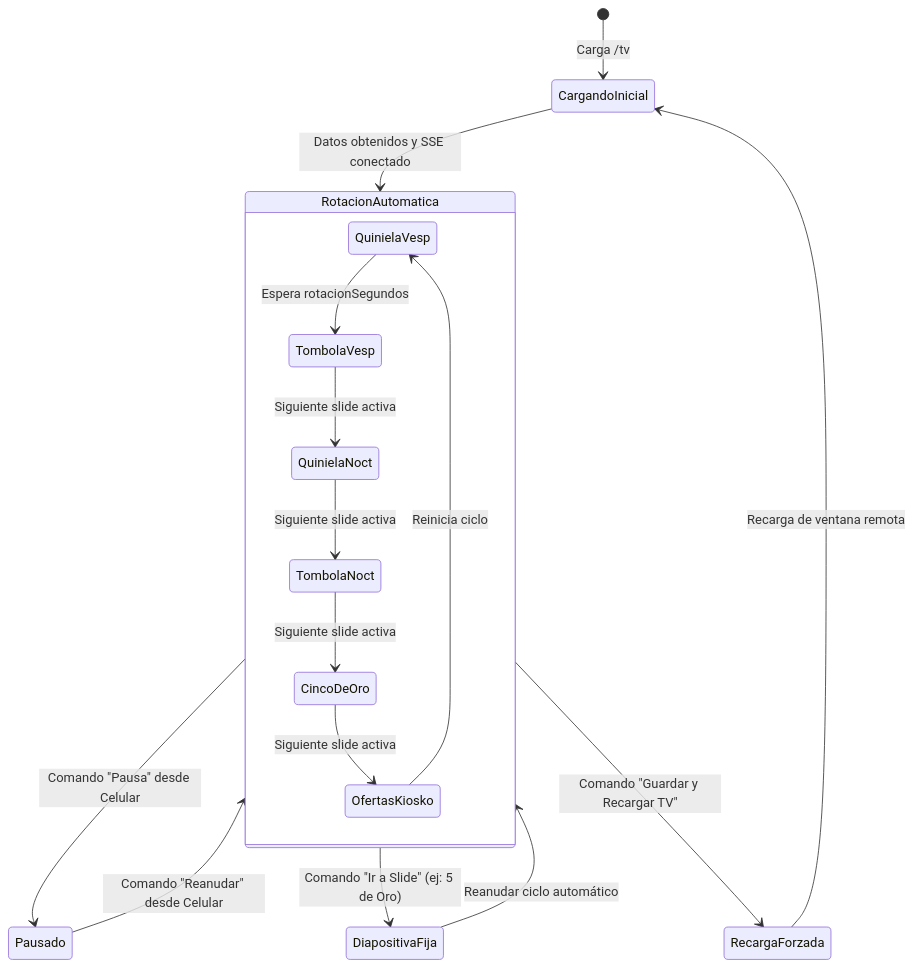
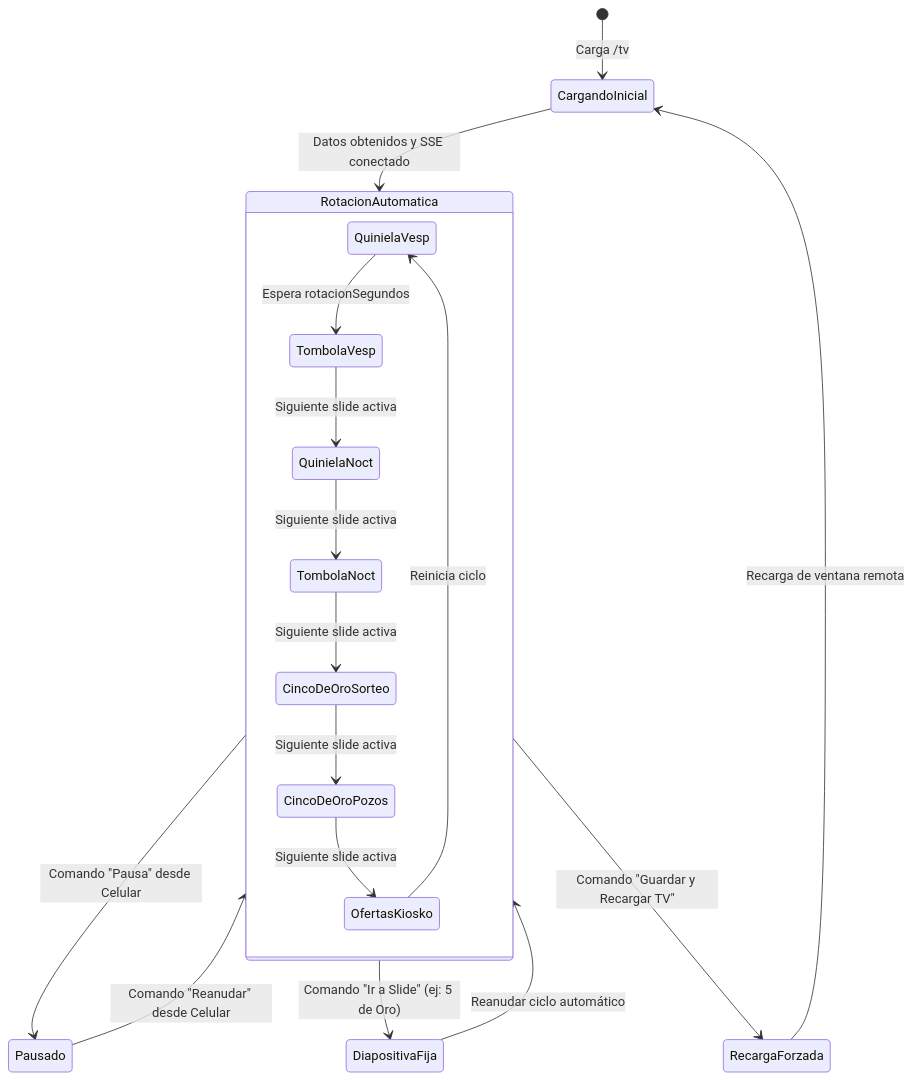
One commit to jamatrain/remote-board changed the third of 3 diagrams in README.md. Above: the diagram before and after it, drawn with Mermaid. The commit also changed other lines of this file and 8 other files, not shown here.

Commit message:
feat: sorteo 5 de oro con tonalidades azules, bolillas doradas y letras negras estilo tombola

````diff
--- a/README.md
+++ b/README.md
@@ -88,23 +88,24 @@
 ```mermaid
 stateDiagram-v2
     [*] --> CargandoInicial: Carga /tv
     CargandoInicial --> RotacionAutomatica: Datos obtenidos y SSE conectado
 
     state RotacionAutomatica {
         QuinielaVesp --> TombolaVesp: Espera rotacionSegundos
         TombolaVesp --> QuinielaNoct: Siguiente slide activa
         QuinielaNoct --> TombolaNoct: Siguiente slide activa
-        TombolaNoct --> CincoDeOro: Siguiente slide activa
-        CincoDeOro --> OfertasKiosko: Siguiente slide activa
+        TombolaNoct --> CincoDeOroSorteo: Siguiente slide activa
+        CincoDeOroSorteo --> CincoDeOroPozos: Siguiente slide activa
+        CincoDeOroPozos --> OfertasKiosko: Siguiente slide activa
         OfertasKiosko --> QuinielaVesp: Reinicia ciclo
     }
 
     RotacionAutomatica --> Pausado: Comando "Pausa" desde Celular
     Pausado --> RotacionAutomatica: Comando "Reanudar" desde Celular
 
     RotacionAutomatica --> DiapositivaFija: Comando "Ir a Slide" (ej: 5 de Oro)
     DiapositivaFija --> RotacionAutomatica: Reanudar ciclo automático
 
     RotacionAutomatica --> RecargaForzada: Comando "Guardar y Recargar TV"
     RecargaForzada --> CargandoInicial: Recarga de ventana remota
 ```
````
